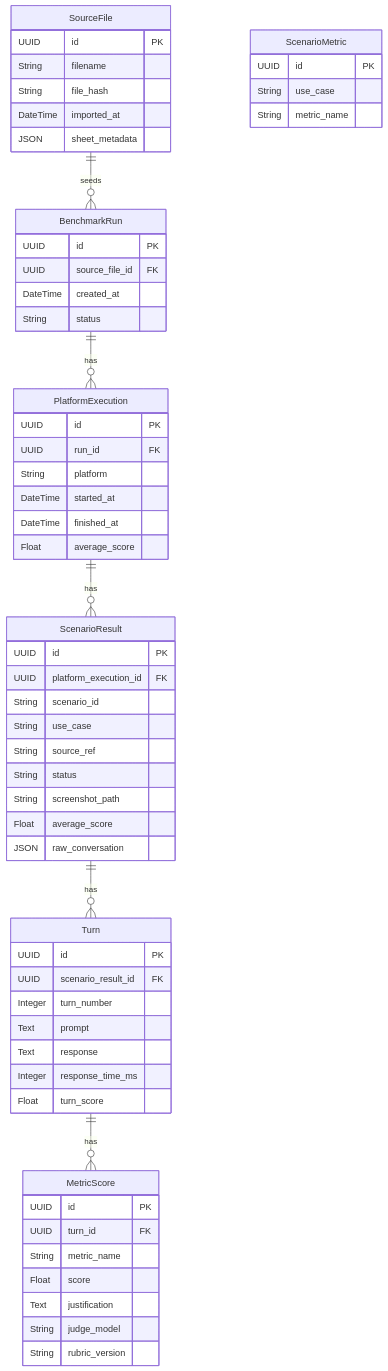
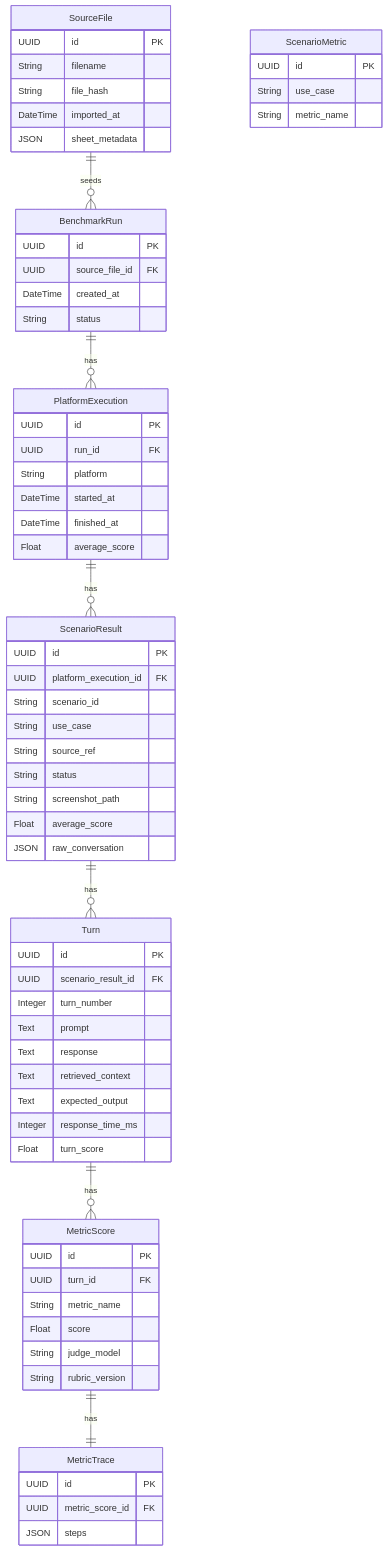
One commit to jmanuelc87/scorekeeper changed the diagram in docs/data-model.md. Above: the diagram before and after it, drawn with Mermaid. The commit also changed other lines of this file and 22 other files, not shown here.

First line of the commit message:
Add structured metric traces as a MetricTrace entity

````diff
--- a/docs/data-model.md
+++ b/docs/data-model.md
@@ -40,70 +40,78 @@
 ```mermaid
 erDiagram
     SourceFile {
         UUID id PK
         String filename
         String file_hash
         DateTime imported_at
         JSON sheet_metadata
     }
 
     BenchmarkRun {
         UUID id PK
         UUID source_file_id FK
         DateTime created_at
         String status
     }
 
     PlatformExecution {
         UUID id PK
         UUID run_id FK
         String platform
         DateTime started_at
         DateTime finished_at
         Float average_score
     }
 
     ScenarioResult {
         UUID id PK
         UUID platform_execution_id FK
         String scenario_id
         String use_case
         String source_ref
         String status
         String screenshot_path
         Float average_score
         JSON raw_conversation
     }
 
     Turn {
         UUID id PK
         UUID scenario_result_id FK
         Integer turn_number
         Text prompt
         Text response
+        Text retrieved_context
+        Text expected_output
         Integer response_time_ms
         Float turn_score
     }
 
     MetricScore {
         UUID id PK
         UUID turn_id FK
         String metric_name
         Float score
-        Text justification
         String judge_model
         String rubric_version
+    }
+
+    MetricTrace {
+        UUID id PK
+        UUID metric_score_id FK
+        JSON steps
     }
 
     ScenarioMetric {
         UUID id PK
         String use_case
         String metric_name
     }
 
     SourceFile ||--o{ BenchmarkRun : "seeds"
     BenchmarkRun ||--o{ PlatformExecution : "has"
     PlatformExecution ||--o{ ScenarioResult : "has"
     ScenarioResult ||--o{ Turn : "has"
     Turn ||--o{ MetricScore : "has"
+    MetricScore ||--|| MetricTrace : "has"
 ```
````
